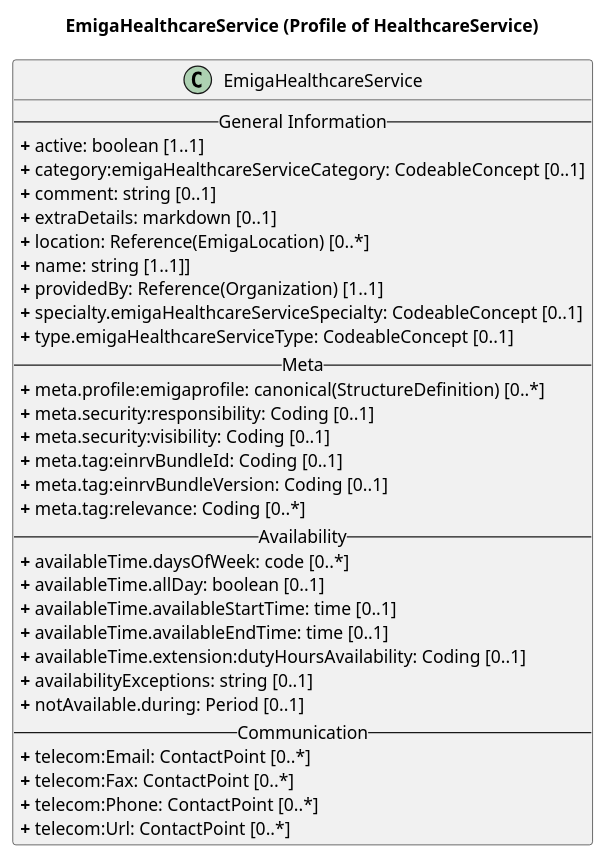
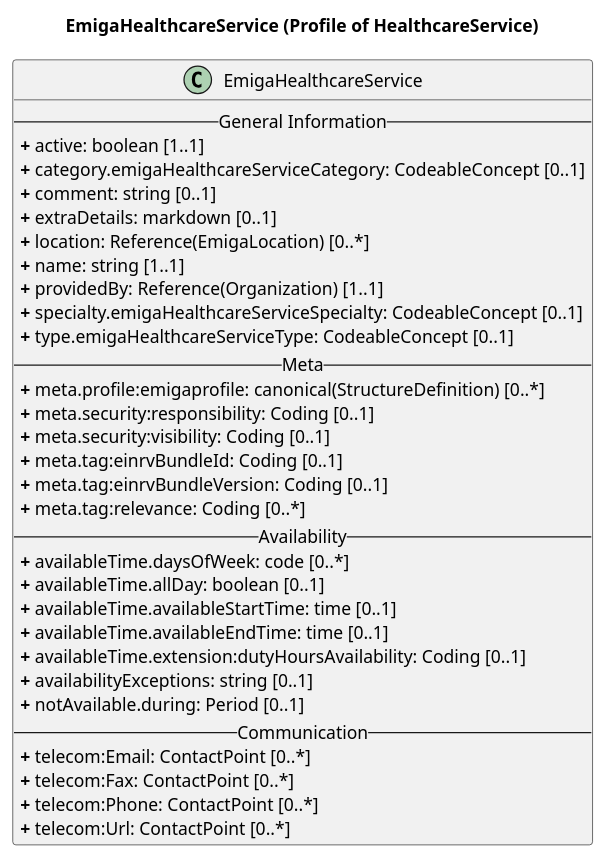
The diagram in rki.emiga.vzd/guides/implementationguides.vzd/PlantUML/HealthcareService.puml (robert-koch-institut/rki.emiga.vzd), drawn with PlantUML before and after one commit. The commit also changed 18 other files, not shown here.

```diff
--- a/rki.emiga.vzd/guides/implementationguides.vzd/PlantUML/HealthcareService.puml
+++ b/rki.emiga.vzd/guides/implementationguides.vzd/PlantUML/HealthcareService.puml
@@ -1,40 +1,40 @@
 @startuml
 skinparam linetype ortho
 
 title EmigaHealthcareService (Profile of HealthcareService)
 
 ' Main Class
 class EmigaHealthcareService{
 -- General Information --
 <b>+</b> active: boolean [1..1]
-<b>+</b> category:emigaHealthcareServiceCategory: CodeableConcept [0..1]
+<b>+</b> category.emigaHealthcareServiceCategory: CodeableConcept [0..1]
 <b>+</b> comment: string [0..1]
 <b>+</b> extraDetails: markdown [0..1]
 <b>+</b> location: Reference(EmigaLocation) [0..*]
-<b>+</b> name: string [1..1]]
+<b>+</b> name: string [1..1]
 <b>+</b> providedBy: Reference(Organization) [1..1]
 <b>+</b> specialty.emigaHealthcareServiceSpecialty: CodeableConcept [0..1]
 <b>+</b> type.emigaHealthcareServiceType: CodeableConcept [0..1]
 -- Meta --
 <b>+</b> meta.profile:emigaprofile: canonical(StructureDefinition) [0..*]
 <b>+</b> meta.security:responsibility: Coding [0..1]
 <b>+</b> meta.security:visibility: Coding [0..1]
 <b>+</b> meta.tag:einrvBundleId: Coding [0..1]
 <b>+</b> meta.tag:einrvBundleVersion: Coding [0..1]
 <b>+</b> meta.tag:relevance: Coding [0..*]
 -- Availability --
 <b>+</b> availableTime.daysOfWeek: code [0..*]
 <b>+</b> availableTime.allDay: boolean [0..1]
 <b>+</b> availableTime.availableStartTime: time [0..1]
 <b>+</b> availableTime.availableEndTime: time [0..1]
 <b>+</b> availableTime.extension:dutyHoursAvailability: Coding [0..1]
 <b>+</b> availabilityExceptions: string [0..1]
 <b>+</b> notAvailable.during: Period [0..1]
 -- Communication --
 <b>+</b> telecom:Email: ContactPoint [0..*]
 <b>+</b> telecom:Fax: ContactPoint [0..*]
 <b>+</b> telecom:Phone: ContactPoint [0..*]
 <b>+</b> telecom:Url: ContactPoint [0..*]
 }
 
 @enduml
```
